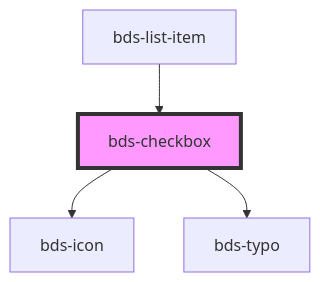
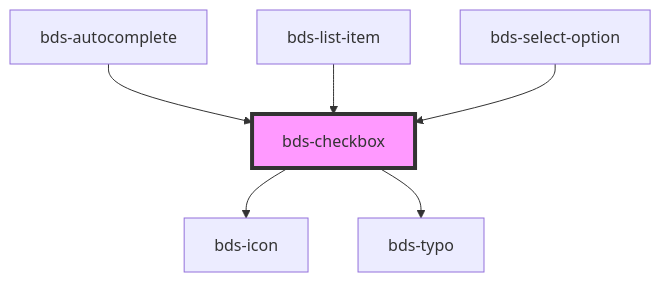
One commit to takenet/blip-ds changed the diagram in src/components/checkbox/readme.md. Above: the diagram before and after it, drawn with Mermaid. The commit also changed other lines of this file and 18 other files, not shown here.

````diff
--- a/src/components/checkbox/readme.md
+++ b/src/components/checkbox/readme.md
@@ -63,7 +75,9 @@
 ```mermaid
 graph TD;
   bds-checkbox --> bds-icon
   bds-checkbox --> bds-typo
+  bds-autocomplete --> bds-checkbox
   bds-list-item --> bds-checkbox
+  bds-select-option --> bds-checkbox
   style bds-checkbox fill:#f9f,stroke:#333,stroke-width:4px
 ```
````
